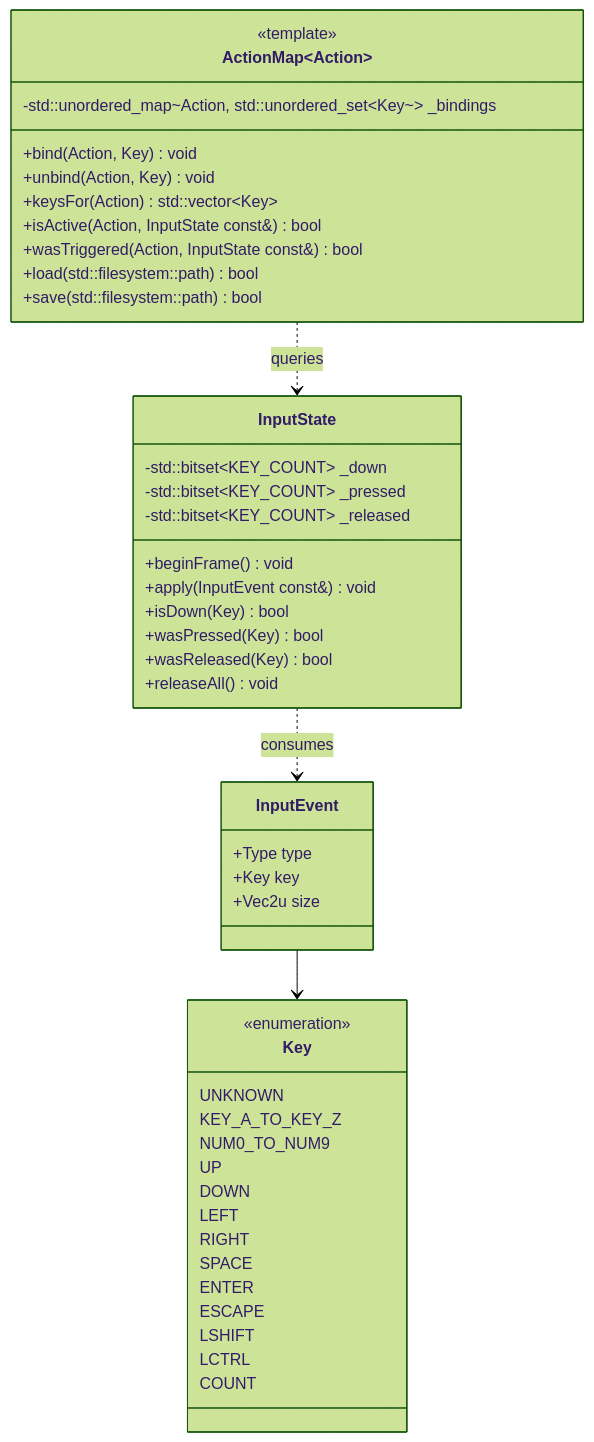
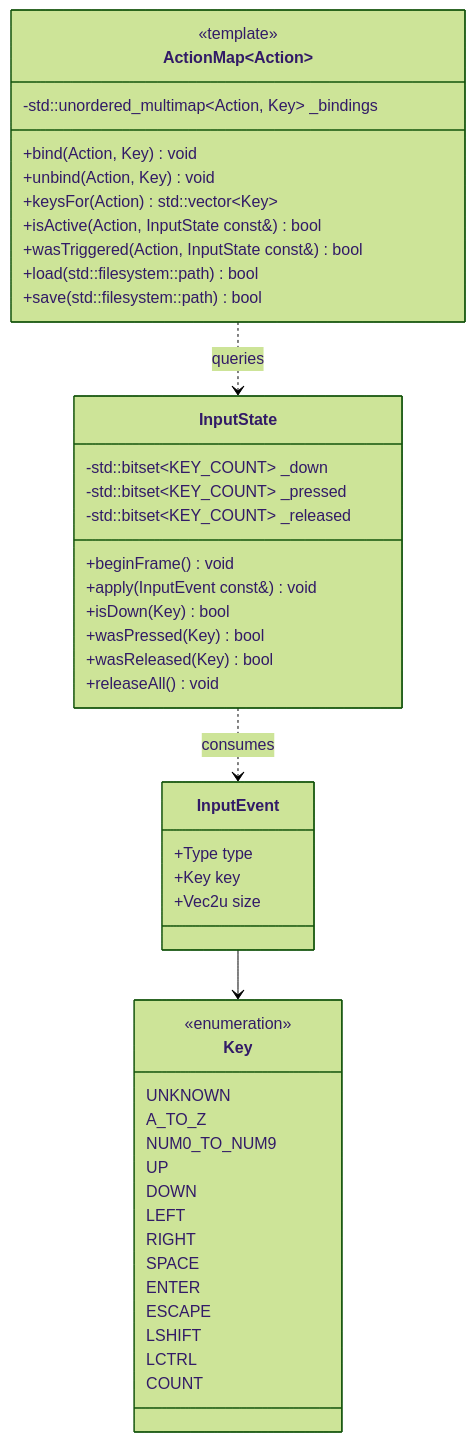
One commit to janumaruku/r-type changed the fifth of 6 diagrams in docs/modules/engine.md. Above: the diagram before and after it, drawn with Mermaid (forest theme). The commit also changed other lines of this file and 56 other files, not shown here.

````diff
--- a/docs/modules/engine.md
+++ b/docs/modules/engine.md
@@ -563,49 +563,49 @@
 ```mermaid
 classDiagram
     class Key {
         <<enumeration>>
         UNKNOWN
-        KEY_A_TO_KEY_Z
+        A_TO_Z
         NUM0_TO_NUM9
         UP
         DOWN
         LEFT
         RIGHT
         SPACE
         ENTER
         ESCAPE
         LSHIFT
         LCTRL
         COUNT
     }
     class InputEvent {
         +Type type
         +Key key
         +Vec2u size
     }
     class InputState {
         -std::bitset~KEY_COUNT~ _down
         -std::bitset~KEY_COUNT~ _pressed
         -std::bitset~KEY_COUNT~ _released
         +beginFrame() void
         +apply(InputEvent const&) void
         +isDown(Key) bool
         +wasPressed(Key) bool
         +wasReleased(Key) bool
         +releaseAll() void
     }
     class ActionMap~Action~ {
         <<template>>
-        -std::unordered_map~Action, std::unordered_set~Key~~ _bindings
+        -std::unordered_multimap~Action, Key~ _bindings
         +bind(Action, Key) void
         +unbind(Action, Key) void
         +keysFor(Action) std::vector~Key~
         +isActive(Action, InputState const&) bool
         +wasTriggered(Action, InputState const&) bool
         +load(std::filesystem::path) bool
         +save(std::filesystem::path) bool
     }
     InputState ..> InputEvent : consumes
     ActionMap ..> InputState : queries
     InputEvent --> Key
 ```
````
